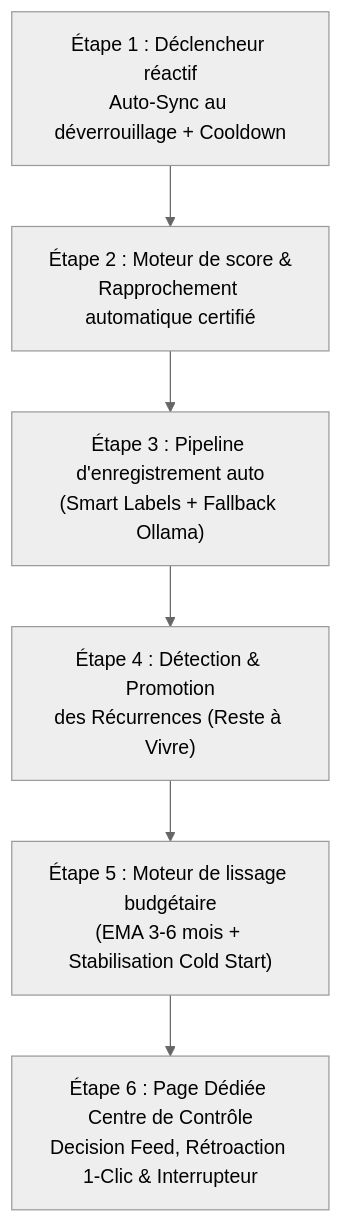
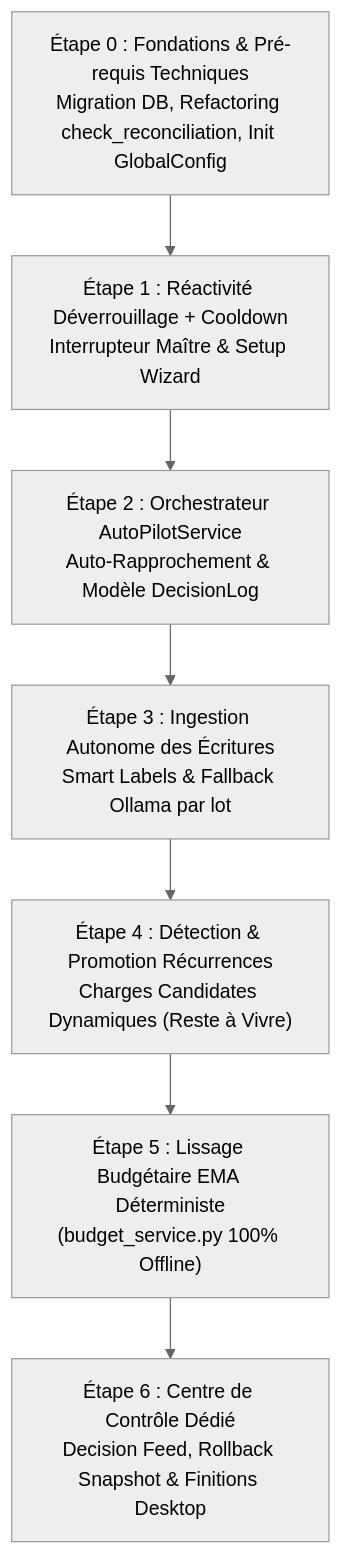
Before and after one commit to Aschefr/OmniBank-Local: the diagram in docs/AUTO_PILOT_ROADMAP.md, drawn with Mermaid (neutral theme). The commit also changed other lines of this file and 30 other files, not shown here.

First line of the commit message:
feat: complete Auto-Pilot Step 0 foundations and Phase B multi-account staging refactor

````diff
--- a/docs/AUTO_PILOT_ROADMAP.md
+++ b/docs/AUTO_PILOT_ROADMAP.md
@@ -404,8 +467,9 @@
 ```mermaid
 graph TD
-    A["Étape 1 : Déclencheur réactif<br/>Auto-Sync au déverrouillage + Cooldown"] --> B["Étape 2 : Moteur de score &<br/>Rapprochement automatique certifié"]
-    B --> C["Étape 3 : Pipeline d'enregistrement auto<br/>(Smart Labels + Fallback Ollama)"]
-    C --> D["Étape 4 : Détection & Promotion<br/>des Récurrences (Reste à Vivre)"]
-    D --> E["Étape 5 : Moteur de lissage budgétaire<br/>(EMA 3-6 mois + Stabilisation Cold Start)"]
-    E --> F["Étape 6 : Page Dédiée Centre de Contrôle<br/>Decision Feed, Rétroaction 1-Clic & Interrupteur"]
+    Z["Étape 0 : Fondations & Pré-requis Techniques<br/>Migration DB, Refactoring check_reconciliation, Init GlobalConfig"] --> A["Étape 1 : Réactivité Déverrouillage + Cooldown<br/>Interrupteur Maître & Setup Wizard"]
+    A --> B["Étape 2 : Orchestrateur AutoPilotService<br/>Auto-Rapprochement & Modèle DecisionLog"]
+    B --> C["Étape 3 : Ingestion Autonome des Écritures<br/>Smart Labels & Fallback Ollama par lot"]
+    C --> D["Étape 4 : Détection & Promotion Récurrences<br/>Charges Candidates Dynamiques (Reste à Vivre)"]
+    D --> E["Étape 5 : Lissage Budgétaire EMA Déterministe<br/>(budget_service.py 100% Offline)"]
+    E --> F["Étape 6 : Centre de Contrôle Dédié<br/>Decision Feed, Rollback Snapshot & Finitions Desktop"]
 ```
````
